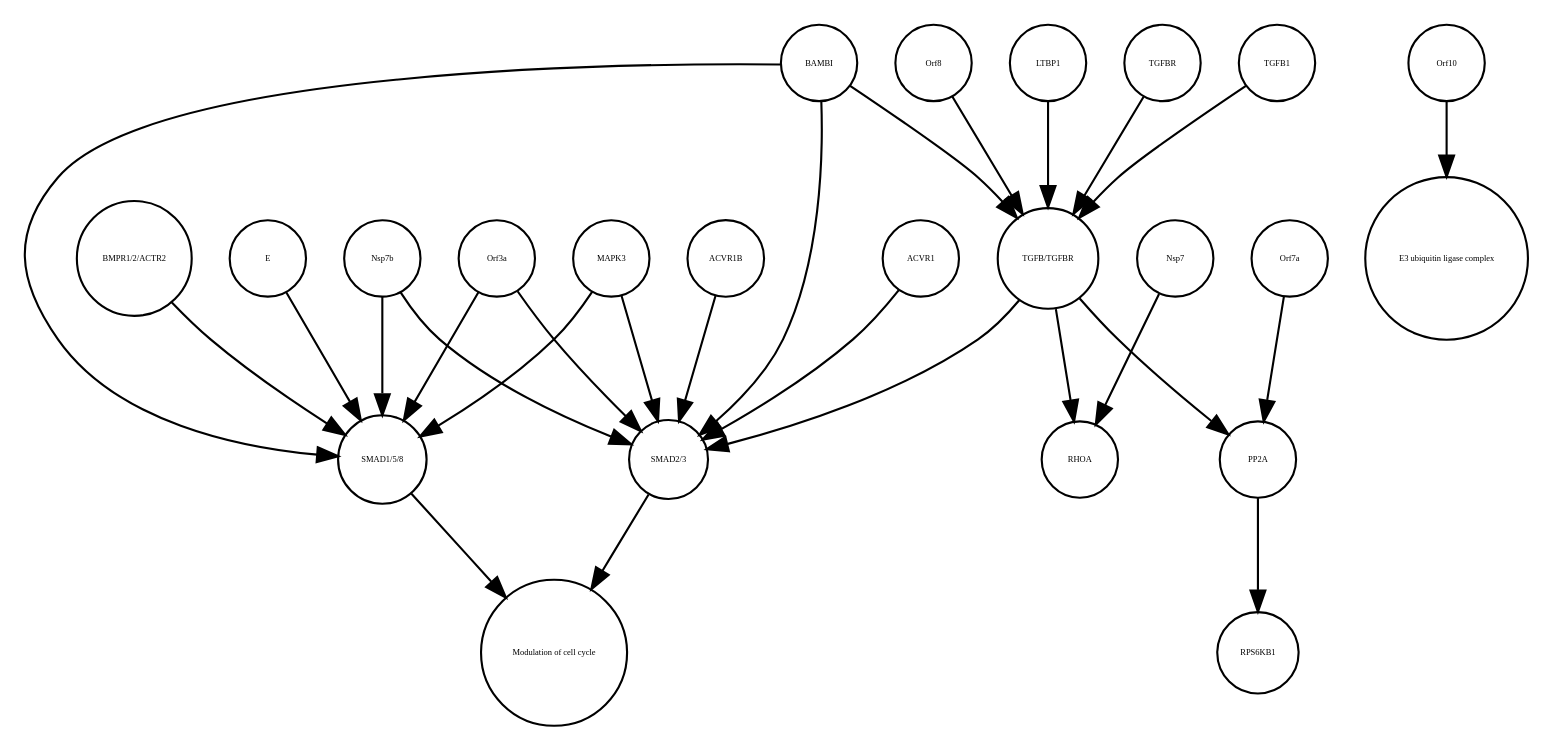
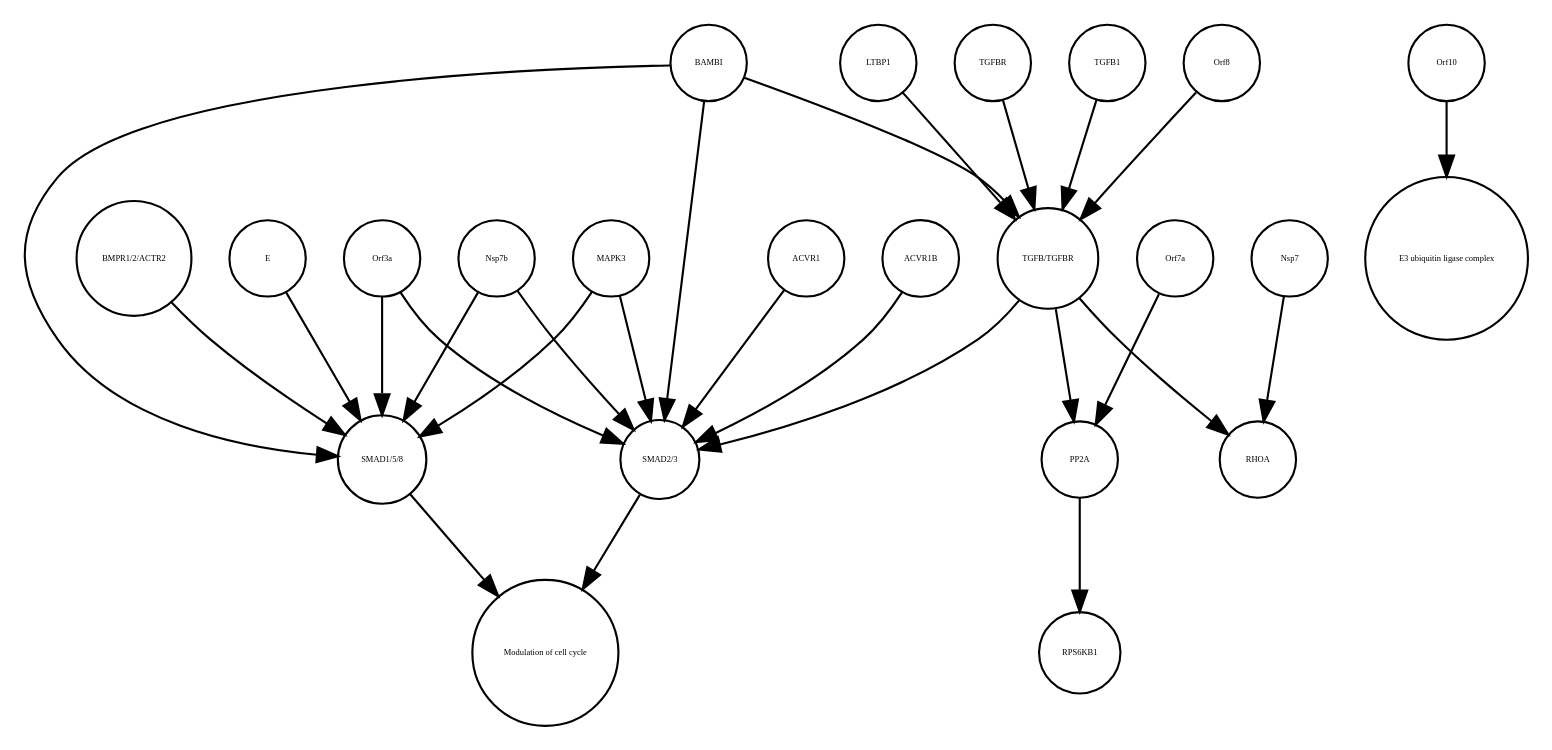
One commit to cannin/covid19-sbgn changed the diagram in TGFB_pathway_stable.xml_projected.dot. Above: the diagram before and after it, drawn with Graphviz. The commit also changed other lines of this file and 622 other files, not shown here.

```diff
--- a/TGFB_pathway_stable.xml_projected.dot
+++ b/TGFB_pathway_stable.xml_projected.dot
@@ -1,51 +1,51 @@
 strict digraph  {
 "SMAD1/5/8" [annotation="", bipartite=0, cls=complex, fontsize=4, label="SMAD1/5/8", shape=circle];
 "Modulation of cell cycle" [annotation="urn_miriam_obo.go_GO%3A0000074", bipartite=0, cls=phenotype, fontsize=4, label="Modulation of cell cycle", shape=circle];
 "SMAD2/3" [annotation="", bipartite=0, cls=complex, fontsize=4, label="SMAD2/3", shape=circle];
+TGFBR [annotation="", bipartite=0, cls=complex, fontsize=4, label=TGFBR, shape=circle];
+BAMBI [annotation="", bipartite=0, cls=macromolecule, fontsize=4, label=BAMBI, shape=circle];
+"BMPR1/2/ACTR2" [annotation="", bipartite=0, cls=complex, fontsize=4, label="BMPR1/2/ACTR2", shape=circle];
+E [annotation=urn_miriam_uniprot_P59637, bipartite=0, cls=macromolecule, fontsize=4, label=E, shape=circle];
+TGFB1 [annotation="", bipartite=0, cls=macromolecule, fontsize=4, label=TGFB1, shape=circle];
+Nsp7 [annotation=urn_miriam_uniprot_Q7TFA1, bipartite=0, cls=macromolecule, fontsize=4, label=Nsp7, shape=circle];
+PP2A [annotation="", bipartite=0, cls=complex, fontsize=4, label=PP2A, shape=circle];
+Orf10 [annotation=urn_miriam_ncbiprotein_BCD58762, bipartite=0, cls=macromolecule, fontsize=4, label=Orf10, shape=circle];
+"TGFB/TGFBR" [annotation="", bipartite=0, cls=complex, fontsize=4, label="TGFB/TGFBR", shape=circle];
+"E3 ubiquitin ligase complex" [annotation="", bipartite=0, cls=complex, fontsize=4, label="E3 ubiquitin ligase complex", shape=circle];
+Orf3a [annotation=urn_miriam_uniprot_P59632, bipartite=0, cls=macromolecule, fontsize=4, label=Orf3a, shape=circle];
+ACVR1 [annotation="", bipartite=0, cls=macromolecule, fontsize=4, label=ACVR1, shape=circle];
+Orf8 [annotation="urn_miriam_uniprot_Q80H93|urn_miriam_uniprot_Q7TFA0", bipartite=0, cls=macromolecule, fontsize=4, label=Orf8, shape=circle];
+ACVR1B [annotation="", bipartite=0, cls=macromolecule, fontsize=4, label=ACVR1B, shape=circle];
+Nsp7b [annotation=urn_miriam_uniprot_Q7TFA1, bipartite=0, cls=macromolecule, fontsize=4, label=Nsp7b, shape=circle];
 LTBP1 [annotation="", bipartite=0, cls=macromolecule, fontsize=4, label=LTBP1, shape=circle];
 RHOA [annotation="", bipartite=0, cls=macromolecule, fontsize=4, label=RHOA, shape=circle];
-Nsp7b [annotation=urn_miriam_uniprot_Q7TFA1, bipartite=0, cls=macromolecule, fontsize=4, label=Nsp7b, shape=circle];
-TGFBR [annotation="", bipartite=0, cls=complex, fontsize=4, label=TGFBR, shape=circle];
-TGFB1 [annotation="", bipartite=0, cls=macromolecule, fontsize=4, label=TGFB1, shape=circle];
-ACVR1B [annotation="", bipartite=0, cls=macromolecule, fontsize=4, label=ACVR1B, shape=circle];
-Orf3a [annotation=urn_miriam_uniprot_P59632, bipartite=0, cls=macromolecule, fontsize=4, label=Orf3a, shape=circle];
-"TGFB/TGFBR" [annotation="", bipartite=0, cls=complex, fontsize=4, label="TGFB/TGFBR", shape=circle];
-Nsp7 [annotation=urn_miriam_uniprot_Q7TFA1, bipartite=0, cls=macromolecule, fontsize=4, label=Nsp7, shape=circle];
-BAMBI [annotation="", bipartite=0, cls=macromolecule, fontsize=4, label=BAMBI, shape=circle];
-Orf10 [annotation=urn_miriam_ncbiprotein_BCD58762, bipartite=0, cls=macromolecule, fontsize=4, label=Orf10, shape=circle];
-"E3 ubiquitin ligase complex" [annotation="", bipartite=0, cls=complex, fontsize=4, label="E3 ubiquitin ligase complex", shape=circle];
-"BMPR1/2/ACTR2" [annotation="", bipartite=0, cls=complex, fontsize=4, label="BMPR1/2/ACTR2", shape=circle];
-Orf8 [annotation="urn_miriam_uniprot_Q80H93|urn_miriam_uniprot_Q7TFA0", bipartite=0, cls=macromolecule, fontsize=4, label=Orf8, shape=circle];
-PP2A [annotation="", bipartite=0, cls=complex, fontsize=4, label=PP2A, shape=circle];
-Orf7a [annotation=urn_miriam_uniprot_P59635, bipartite=0, cls=macromolecule, fontsize=4, label=Orf7a, shape=circle];
 MAPK3 [annotation="", bipartite=0, cls=macromolecule, fontsize=4, label=MAPK3, shape=circle];
 RPS6KB1 [annotation="", bipartite=0, cls=macromolecule, fontsize=4, label=RPS6KB1, shape=circle];
-E [annotation=urn_miriam_uniprot_P59637, bipartite=0, cls=macromolecule, fontsize=4, label=E, shape=circle];
-ACVR1 [annotation="", bipartite=0, cls=macromolecule, fontsize=4, label=ACVR1, shape=circle];
+Orf7a [annotation=urn_miriam_uniprot_P59635, bipartite=0, cls=macromolecule, fontsize=4, label=Orf7a, shape=circle];
 "SMAD1/5/8" -> "Modulation of cell cycle"  [annotation="", interaction_type=stimulation];
 "SMAD2/3" -> "Modulation of cell cycle"  [annotation="", interaction_type=stimulation];
-LTBP1 -> "TGFB/TGFBR"  [annotation="urn_miriam_doi_10.1101%2F2020.06.17.156455", interaction_type=inhibition];
-Nsp7b -> "SMAD1/5/8"  [annotation="urn_miriam_doi_10.1101%2F2020.06.17.156455", interaction_type=stimulation];
-Nsp7b -> "SMAD2/3"  [annotation="urn_miriam_doi_10.1101%2F2020.06.17.156455", interaction_type=stimulation];
 TGFBR -> "TGFB/TGFBR"  [annotation="", interaction_type=production];
-TGFB1 -> "TGFB/TGFBR"  [annotation="", interaction_type=production];
-ACVR1B -> "SMAD2/3"  [annotation="urn_miriam_doi_10.1101%2F2020.06.17.156455", interaction_type=catalysis];
-Orf3a -> "SMAD1/5/8"  [annotation="urn_miriam_doi_10.1101%2F2020.06.17.156455", interaction_type=stimulation];
-Orf3a -> "SMAD2/3"  [annotation="urn_miriam_doi_10.1101%2F2020.06.17.156455", interaction_type=stimulation];
-"TGFB/TGFBR" -> RHOA  [annotation="urn_miriam_doi_10.1101%2F2020.06.17.156455", interaction_type=stimulation];
-"TGFB/TGFBR" -> PP2A  [annotation="urn_miriam_doi_10.1101%2F2020.03.31.019216", interaction_type=stimulation];
-"TGFB/TGFBR" -> "SMAD2/3"  [annotation="urn_miriam_doi_10.1101%2F2020.06.17.156455", interaction_type=stimulation];
-Nsp7 -> RHOA  [annotation="urn_miriam_doi_10.1101%2F2020.06.17.156455", interaction_type=stimulation];
+BAMBI -> "SMAD2/3"  [annotation="urn_miriam_doi_10.1101%2F2020.06.17.156455", interaction_type=inhibition];
 BAMBI -> "TGFB/TGFBR"  [annotation="urn_miriam_doi_10.1101%2F2020.06.17.156455", interaction_type=inhibition];
 BAMBI -> "SMAD1/5/8"  [annotation="urn_miriam_doi_10.1101%2F2020.06.17.156455", interaction_type=inhibition];
-BAMBI -> "SMAD2/3"  [annotation="urn_miriam_doi_10.1101%2F2020.06.17.156455", interaction_type=inhibition];
+"BMPR1/2/ACTR2" -> "SMAD1/5/8"  [annotation="urn_miriam_doi_10.1101%2F2020.06.17.156455", interaction_type=catalysis];
+E -> "SMAD1/5/8"  [annotation="urn_miriam_doi_10.1101%2F2020.06.17.156455", interaction_type=stimulation];
+TGFB1 -> "TGFB/TGFBR"  [annotation="", interaction_type=production];
+Nsp7 -> RHOA  [annotation="urn_miriam_doi_10.1101%2F2020.06.17.156455", interaction_type=stimulation];
+PP2A -> RPS6KB1  [annotation="", interaction_type=catalysis];
 Orf10 -> "E3 ubiquitin ligase complex"  [annotation="", interaction_type=production];
-"BMPR1/2/ACTR2" -> "SMAD1/5/8"  [annotation="urn_miriam_doi_10.1101%2F2020.06.17.156455", interaction_type=catalysis];
+"TGFB/TGFBR" -> "SMAD2/3"  [annotation="urn_miriam_doi_10.1101%2F2020.06.17.156455", interaction_type=stimulation];
+"TGFB/TGFBR" -> PP2A  [annotation="urn_miriam_doi_10.1101%2F2020.03.31.019216", interaction_type=stimulation];
+"TGFB/TGFBR" -> RHOA  [annotation="urn_miriam_doi_10.1101%2F2020.06.17.156455", interaction_type=stimulation];
+Orf3a -> "SMAD2/3"  [annotation="urn_miriam_doi_10.1101%2F2020.06.17.156455", interaction_type=stimulation];
+Orf3a -> "SMAD1/5/8"  [annotation="urn_miriam_doi_10.1101%2F2020.06.17.156455", interaction_type=stimulation];
+ACVR1 -> "SMAD2/3"  [annotation="urn_miriam_doi_10.1101%2F2020.06.17.156455", interaction_type=catalysis];
 Orf8 -> "TGFB/TGFBR"  [annotation="urn_miriam_doi_10.1101%2F2020.06.17.156455", interaction_type=stimulation];
-PP2A -> RPS6KB1  [annotation="", interaction_type=catalysis];
+ACVR1B -> "SMAD2/3"  [annotation="urn_miriam_doi_10.1101%2F2020.06.17.156455", interaction_type=catalysis];
+Nsp7b -> "SMAD2/3"  [annotation="urn_miriam_doi_10.1101%2F2020.06.17.156455", interaction_type=stimulation];
+Nsp7b -> "SMAD1/5/8"  [annotation="urn_miriam_doi_10.1101%2F2020.06.17.156455", interaction_type=stimulation];
+LTBP1 -> "TGFB/TGFBR"  [annotation="urn_miriam_doi_10.1101%2F2020.06.17.156455", interaction_type=inhibition];
+MAPK3 -> "SMAD2/3"  [annotation="urn_miriam_doi_10.1101%2F2020.06.17.156455", interaction_type=inhibition];
+MAPK3 -> "SMAD1/5/8"  [annotation="urn_miriam_doi_10.1101%2F2020.06.17.156455", interaction_type=inhibition];
 Orf7a -> PP2A  [annotation="urn_miriam_doi_10.1101%2F2020.03.31.019216", interaction_type=stimulation];
-MAPK3 -> "SMAD1/5/8"  [annotation="urn_miriam_doi_10.1101%2F2020.06.17.156455", interaction_type=inhibition];
-MAPK3 -> "SMAD2/3"  [annotation="urn_miriam_doi_10.1101%2F2020.06.17.156455", interaction_type=inhibition];
-E -> "SMAD1/5/8"  [annotation="urn_miriam_doi_10.1101%2F2020.06.17.156455", interaction_type=stimulation];
-ACVR1 -> "SMAD2/3"  [annotation="urn_miriam_doi_10.1101%2F2020.06.17.156455", interaction_type=catalysis];
 }
```
